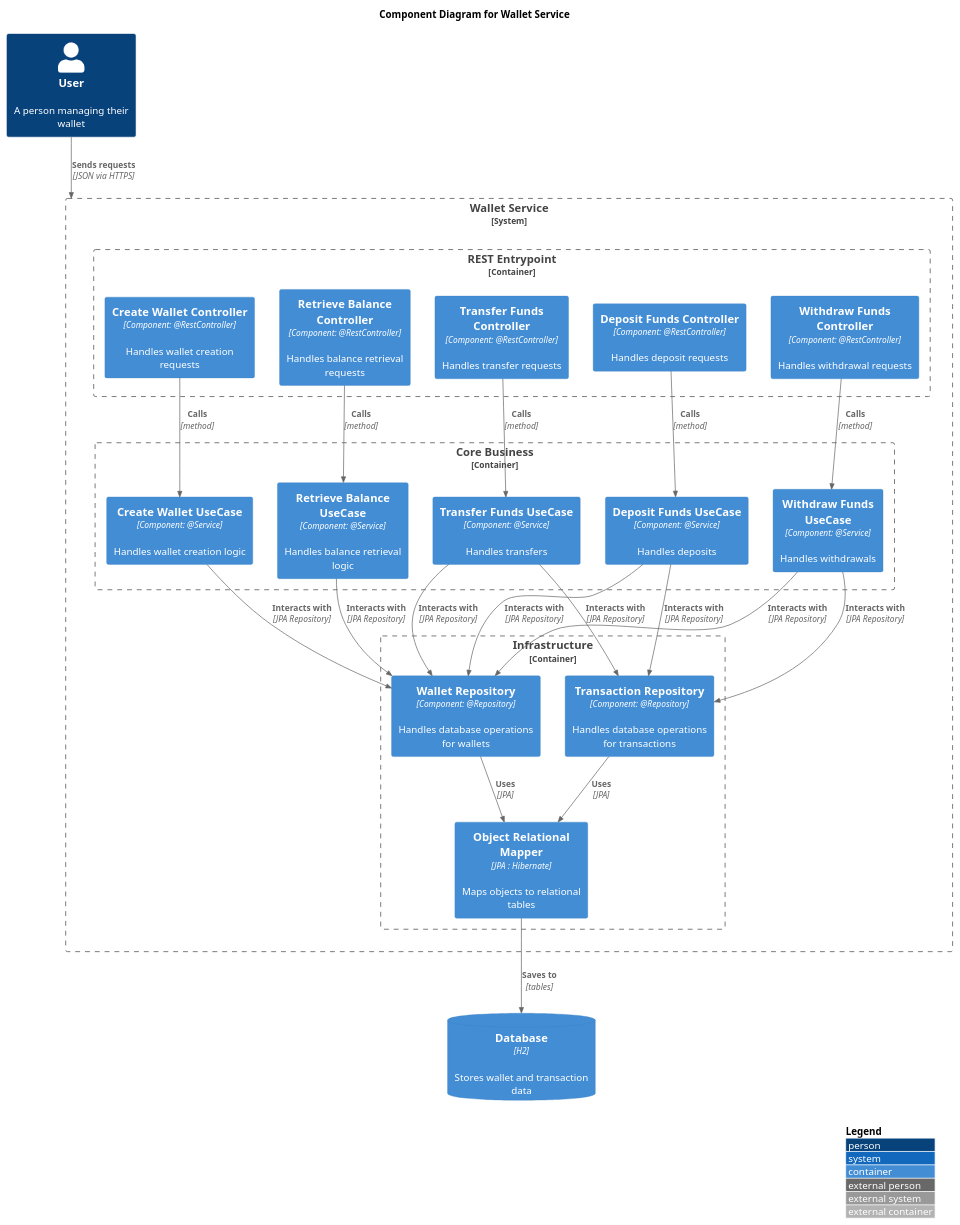
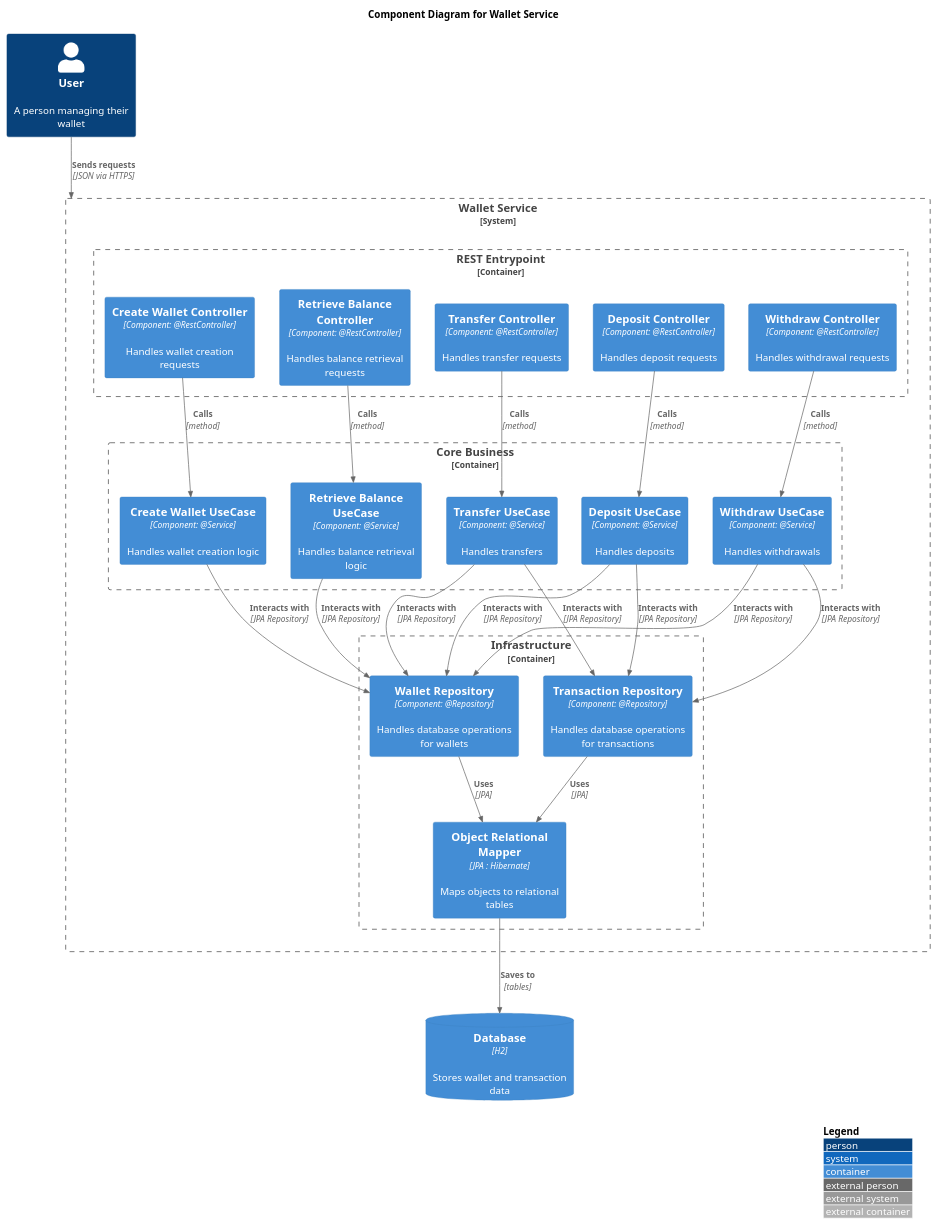
One commit to jtsato/wallet-service-java changed the diagram in docs/c4-model/03-Component-Diagram.puml. Above: the diagram before and after it, drawn with PlantUML. The commit also changed 2 other files, not shown here.

```diff
--- a/docs/c4-model/03-Component-Diagram.puml
+++ b/docs/c4-model/03-Component-Diagram.puml
@@ -1,64 +1,64 @@
 @startuml 03-ComponentDiagram
 !include <C4/C4_Container>
 
 /' Level 3: Component diagram
    The Component diagram shows how a container is made up of a number of "components",
    what each of those components are, their responsibilities and the technology/implementation details.
 '/
 
 title "Component Diagram for Wallet Service"
 
 AddElementTag("storage", $shape=RoundedBoxShape())
 
 LAYOUT_TOP_DOWN()
 
 Person(user, "User", "A person managing their wallet")
 
 System_Boundary(walletservice, "Wallet Service") {
     Container_Boundary(restEntrypoint, "REST Entrypoint") {
         Container(createWalletController, "Create Wallet Controller", "Component: @RestController", "Handles wallet creation requests")
         Container(retrieveBalanceController, "Retrieve Balance Controller", "Component: @RestController", "Handles balance retrieval requests")
-        Container(depositFundsController, "Deposit Funds Controller", "Component: @RestController", "Handles deposit requests")
-        Container(withdrawFundsController, "Withdraw Funds Controller", "Component: @RestController", "Handles withdrawal requests")
-        Container(transferFundsController, "Transfer Funds Controller", "Component: @RestController", "Handles transfer requests")
+        Container(depositFundsController, "Deposit Controller", "Component: @RestController", "Handles deposit requests")
+        Container(withdrawFundsController, "Withdraw Controller", "Component: @RestController", "Handles withdrawal requests")
+        Container(transferFundsController, "Transfer Controller", "Component: @RestController", "Handles transfer requests")
     }
     
     Container_Boundary(coreBusiness, "Core Business") {
         Container(createWalletUseCase, "Create Wallet UseCase", "Component: @Service", "Handles wallet creation logic")
         Container(retrieveBalanceUseCase, "Retrieve Balance UseCase", "Component: @Service", "Handles balance retrieval logic")
-        Container(depositFundsUseCase, "Deposit Funds UseCase", "Component: @Service", "Handles deposits")
-        Container(withdrawFundsUseCase, "Withdraw Funds UseCase", "Component: @Service", "Handles withdrawals")
-        Container(transferFundsUseCase, "Transfer Funds UseCase", "Component: @Service", "Handles transfers")
+        Container(depositFundsUseCase, "Deposit UseCase", "Component: @Service", "Handles deposits")
+        Container(withdrawFundsUseCase, "Withdraw UseCase", "Component: @Service", "Handles withdrawals")
+        Container(transferFundsUseCase, "Transfer UseCase", "Component: @Service", "Handles transfers")
     }
     
     Container_Boundary(infrastructure, "Infrastructure") {
         Container(walletRepository, "Wallet Repository", "Component: @Repository", "Handles database operations for wallets")
         Container(transactionRepository, "Transaction Repository", "Component: @Repository", "Handles database operations for transactions")
         Container(orm, "Object Relational Mapper", "JPA : Hibernate", "Maps objects to relational tables")
     }
 }
 
 ContainerDb(database, "Database", "H2", "Stores wallet and transaction data", $tags = "storage")
 
 Rel_D(user, walletservice, "Sends requests", "JSON via HTTPS")
 Rel_D(createWalletController, createWalletUseCase, "Calls", "method")
 Rel_D(retrieveBalanceController, retrieveBalanceUseCase, "Calls", "method")
 Rel_D(depositFundsController, depositFundsUseCase, "Calls", "method")
 Rel_D(withdrawFundsController, withdrawFundsUseCase, "Calls", "method")
 Rel_D(transferFundsController, transferFundsUseCase, "Calls", "method")
 
 Rel_D(createWalletUseCase, walletRepository, "Interacts with", "JPA Repository")
 Rel_D(retrieveBalanceUseCase, walletRepository, "Interacts with", "JPA Repository")
 Rel_D(depositFundsUseCase, walletRepository, "Interacts with", "JPA Repository")
 Rel_D(depositFundsUseCase, transactionRepository, "Interacts with", "JPA Repository")
 Rel_D(withdrawFundsUseCase, walletRepository, "Interacts with", "JPA Repository")
 Rel_D(withdrawFundsUseCase, transactionRepository, "Interacts with", "JPA Repository")
 Rel_D(transferFundsUseCase, walletRepository, "Interacts with", "JPA Repository")
 Rel_D(transferFundsUseCase, transactionRepository, "Interacts with", "JPA Repository")
 Rel_D(walletRepository, orm, "Uses", "JPA")
 Rel_D(transactionRepository, orm, "Uses", "JPA")
 Rel_D(orm, database, "Saves to", "tables")
 
 LAYOUT_WITH_LEGEND()
 
 @enduml
```
